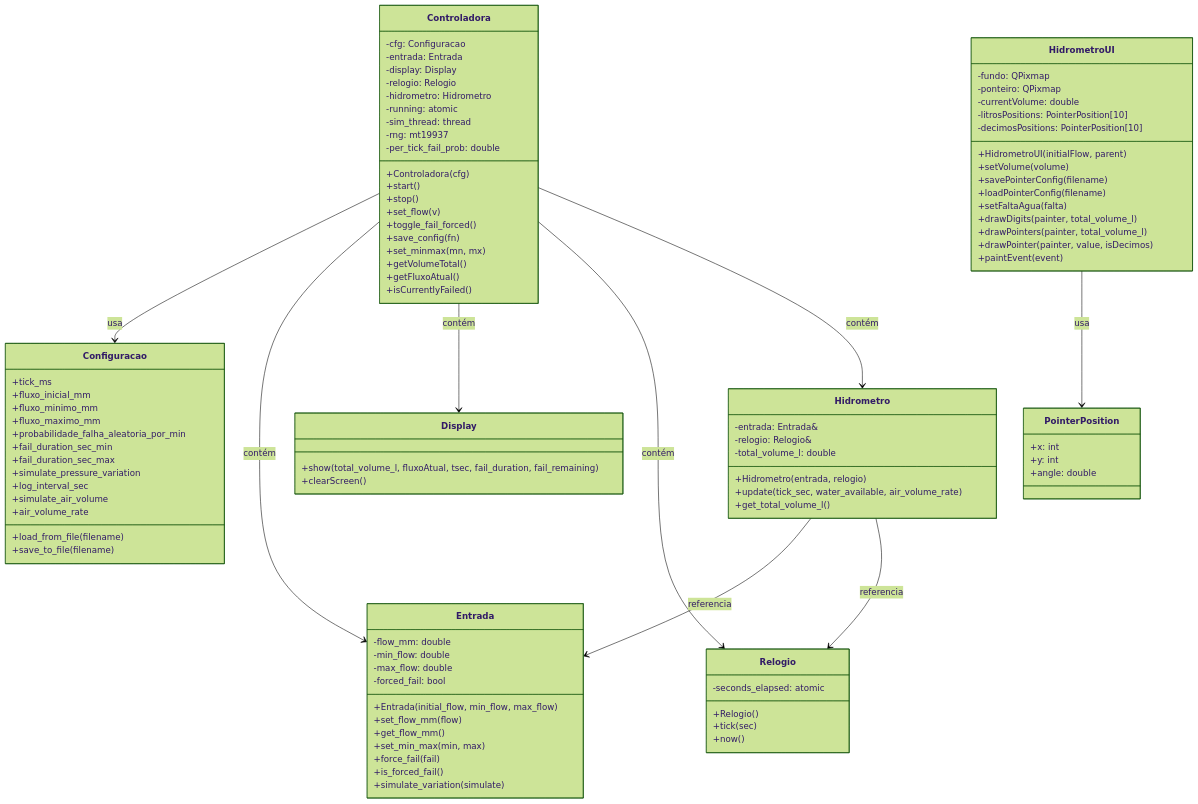
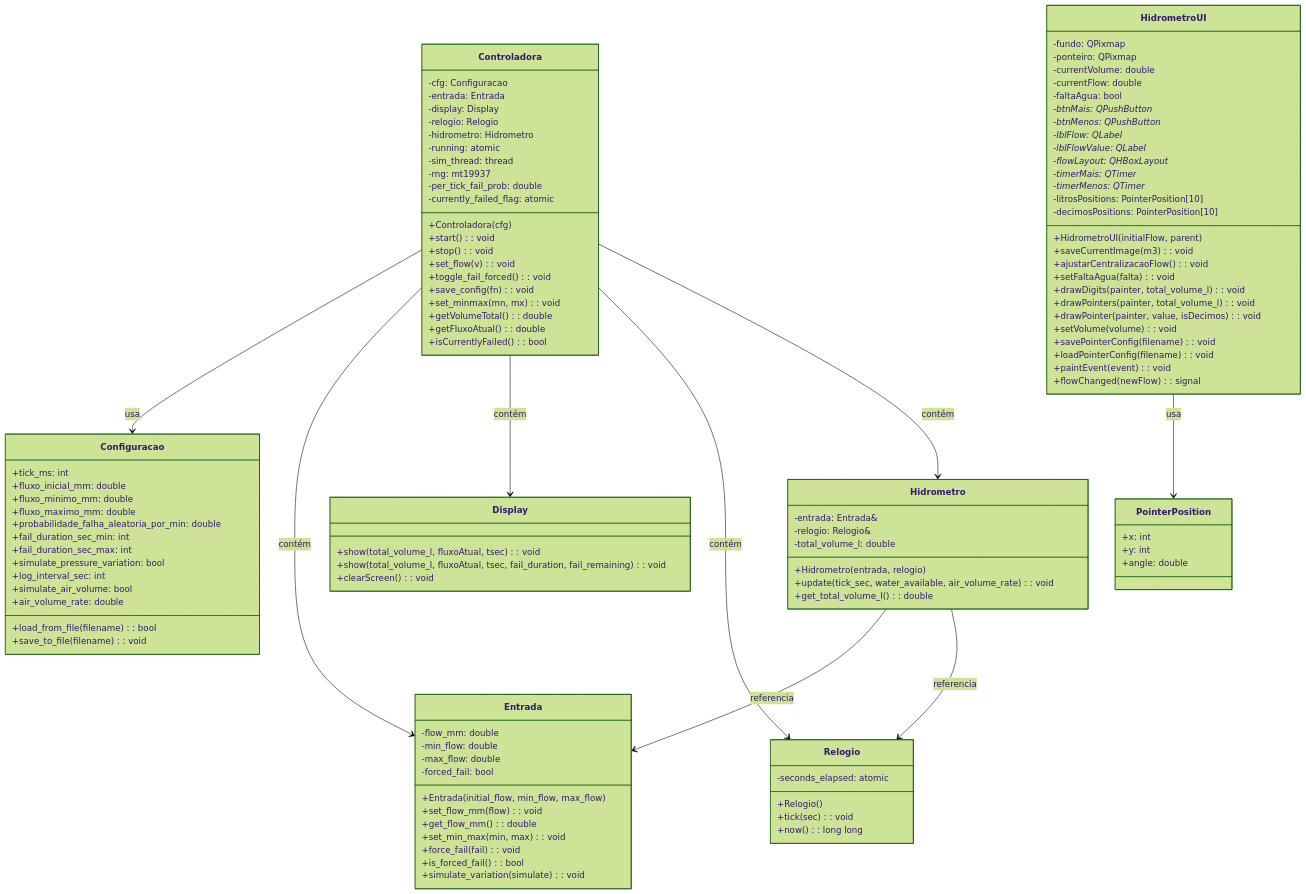
One commit to Je1pi/Simulador-Hidrometro changed the diagram in README.md. Above: the diagram before and after it, drawn with Mermaid (forest theme).

Commit message:
Atualização no UML para remeter mais ao projeto atual

````diff
--- a/README.md
+++ b/README.md
@@ -10,19 +10,19 @@
 ```mermaid
 classDiagram
     class Configuracao {
-        +tick_ms
-        +fluxo_inicial_mm
-        +fluxo_minimo_mm
-        +fluxo_maximo_mm
-        +probabilidade_falha_aleatoria_por_min
-        +fail_duration_sec_min
-        +fail_duration_sec_max
-        +simulate_pressure_variation
-        +log_interval_sec
-        +simulate_air_volume
-        +air_volume_rate
-        +load_from_file(filename)
-        +save_to_file(filename)
+        +tick_ms: int
+        +fluxo_inicial_mm: double
+        +fluxo_minimo_mm: double
+        +fluxo_maximo_mm: double
+        +probabilidade_falha_aleatoria_por_min: double
+        +fail_duration_sec_min: int
+        +fail_duration_sec_max: int
+        +simulate_pressure_variation: bool
+        +log_interval_sec: int
+        +simulate_air_volume: bool
+        +air_volume_rate: double
+        +load_from_file(filename): bool
+        +save_to_file(filename): void
     }
 
     class Controladora {
@@ -35,21 +35,23 @@
         -sim_thread: thread
         -rng: mt19937
         -per_tick_fail_prob: double
+        -currently_failed_flag: atomic<bool>
         +Controladora(cfg)
-        +start()
-        +stop()
-        +set_flow(v)
-        +toggle_fail_forced()
-        +save_config(fn)
-        +set_minmax(mn, mx)
-        +getVolumeTotal()
-        +getFluxoAtual()
-        +isCurrentlyFailed()
+        +start(): void
+        +stop(): void
+        +set_flow(v): void
+        +toggle_fail_forced(): void
+        +save_config(fn): void
+        +set_minmax(mn, mx): void
+        +getVolumeTotal(): double
+        +getFluxoAtual(): double
+        +isCurrentlyFailed(): bool
     }
 
     class Display {
-        +show(total_volume_l, fluxoAtual, tsec, fail_duration, fail_remaining)
-        +clearScreen()
+        +show(total_volume_l, fluxoAtual, tsec): void
+        +show(total_volume_l, fluxoAtual, tsec, fail_duration, fail_remaining): void
+        +clearScreen(): void
     }
 
     class Entrada {
@@ -58,12 +60,12 @@
         -max_flow: double
         -forced_fail: bool
         +Entrada(initial_flow, min_flow, max_flow)
-        +set_flow_mm(flow)
-        +get_flow_mm()
-        +set_min_max(min, max)
-        +force_fail(fail)
-        +is_forced_fail()
-        +simulate_variation(simulate)
+        +set_flow_mm(flow): void
+        +get_flow_mm(): double
+        +set_min_max(min, max): void
+        +force_fail(fail): void
+        +is_forced_fail(): bool
+        +simulate_variation(simulate): void
     }
 
     class Hidrometro {
@@ -71,32 +73,44 @@
         -relogio: Relogio&
         -total_volume_l: double
         +Hidrometro(entrada, relogio)
-        +update(tick_sec, water_available, air_volume_rate)
-        +get_total_volume_l()
+        +update(tick_sec, water_available, air_volume_rate): void
+        +get_total_volume_l(): double
     }
 
     class Relogio {
         -seconds_elapsed: atomic<long long>
         +Relogio()
-        +tick(sec)
-        +now()
+        +tick(sec): void
+        +now(): long long
     }
 
     class HidrometroUI {
         -fundo: QPixmap
         -ponteiro: QPixmap
         -currentVolume: double
+        -currentFlow: double
+        -faltaAgua: bool
+        -btnMais: QPushButton*
+        -btnMenos: QPushButton*
+        -lblFlow: QLabel*
+        -lblFlowValue: QLabel*
+        -flowLayout: QHBoxLayout*
+        -timerMais: QTimer*
+        -timerMenos: QTimer*
         -litrosPositions: PointerPosition[10]
         -decimosPositions: PointerPosition[10]
         +HidrometroUI(initialFlow, parent)
-        +setVolume(volume)
-        +savePointerConfig(filename)
-        +loadPointerConfig(filename)
-        +setFaltaAgua(falta)
-        +drawDigits(painter, total_volume_l)
-        +drawPointers(painter, total_volume_l)
-        +drawPointer(painter, value, isDecimos)
-        +paintEvent(event)
+        +saveCurrentImage(m3): void
+        +ajustarCentralizacaoFlow(): void
+        +setFaltaAgua(falta): void
+        +drawDigits(painter, total_volume_l): void
+        +drawPointers(painter, total_volume_l): void
+        +drawPointer(painter, value, isDecimos): void
+        +setVolume(volume): void
+        +savePointerConfig(filename): void
+        +loadPointerConfig(filename): void
+        +paintEvent(event): void
+        +flowChanged(newFlow): signal
     }
 
     class PointerPosition {
````
